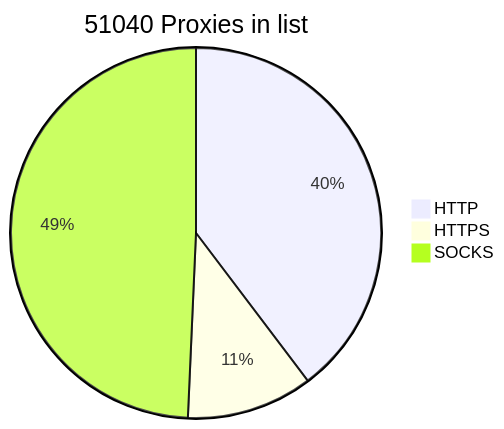
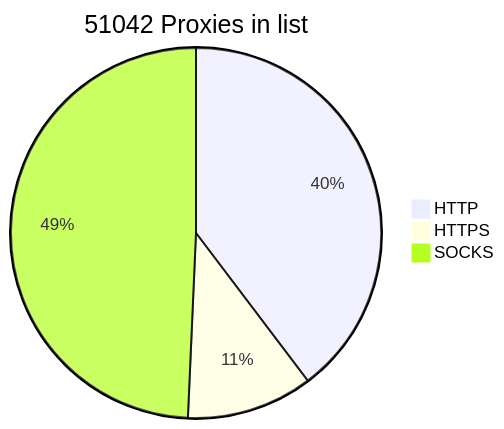
Before and after one commit to BlackSnowDot/proxylist-update-every-minute: the diagram in README.md, drawn with Mermaid.

````diff
--- a/README.md
+++ b/README.md
@@ -2,6 +2,6 @@
 ```mermaid
-pie title 51040 Proxies in list
+pie title 51042 Proxies in list
     "HTTP" : 22444
     "HTTPS": 6225
-    "SOCKS" : 27878
+    "SOCKS" : 27880
 ```
````
